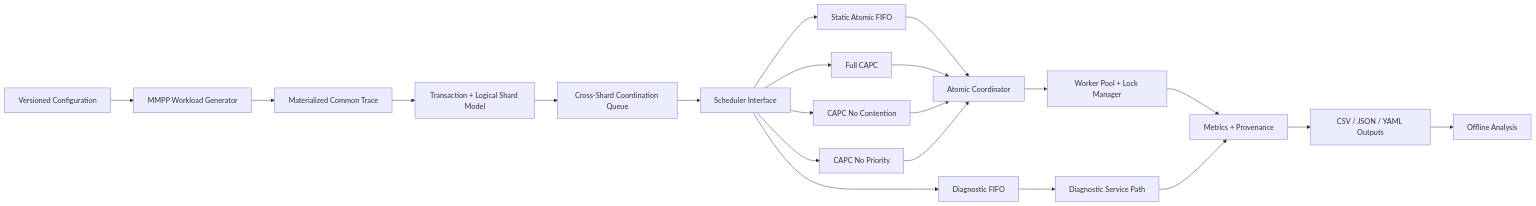
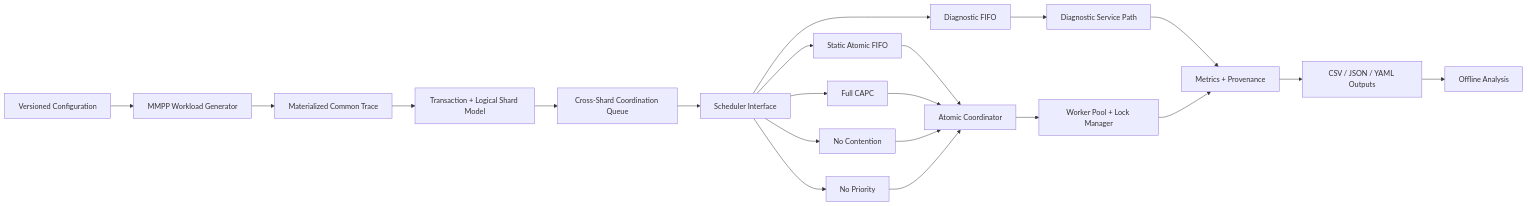
One commit to rhidoyhasanmahmud/capc-simulator changed the diagram in README.md. Above: the diagram before and after it, drawn with Mermaid. The commit also changed other lines of this file, not shown here.

````diff
--- a/README.md
+++ b/README.md
@@ -100,26 +101,26 @@
 ```mermaid
 flowchart LR
     A[Versioned Configuration] --> B[MMPP Workload Generator]
     B --> C[Materialized Common Trace]
     C --> D[Transaction + Logical Shard Model]
     D --> E[Cross-Shard Coordination Queue]
     E --> F[Scheduler Interface]
 
     F --> F1[Diagnostic FIFO]
     F --> F2[Static Atomic FIFO]
     F --> F3[Full CAPC]
-    F --> F4[CAPC No Contention]
-    F --> F5[CAPC No Priority]
+    F --> F4[No Contention]
+    F --> F5[No Priority]
 
     F2 --> G[Atomic Coordinator]
     F3 --> G
     F4 --> G
     F5 --> G
     F1 --> H[Diagnostic Service Path]
 
     G --> I[Worker Pool + Lock Manager]
-    I --> J[Metrics + Provenance]
-    H --> J
+    H --> J[Metrics + Provenance]
+    I --> J
     J --> K[CSV / JSON / YAML Outputs]
     K --> L[Offline Analysis]
 ```
````
